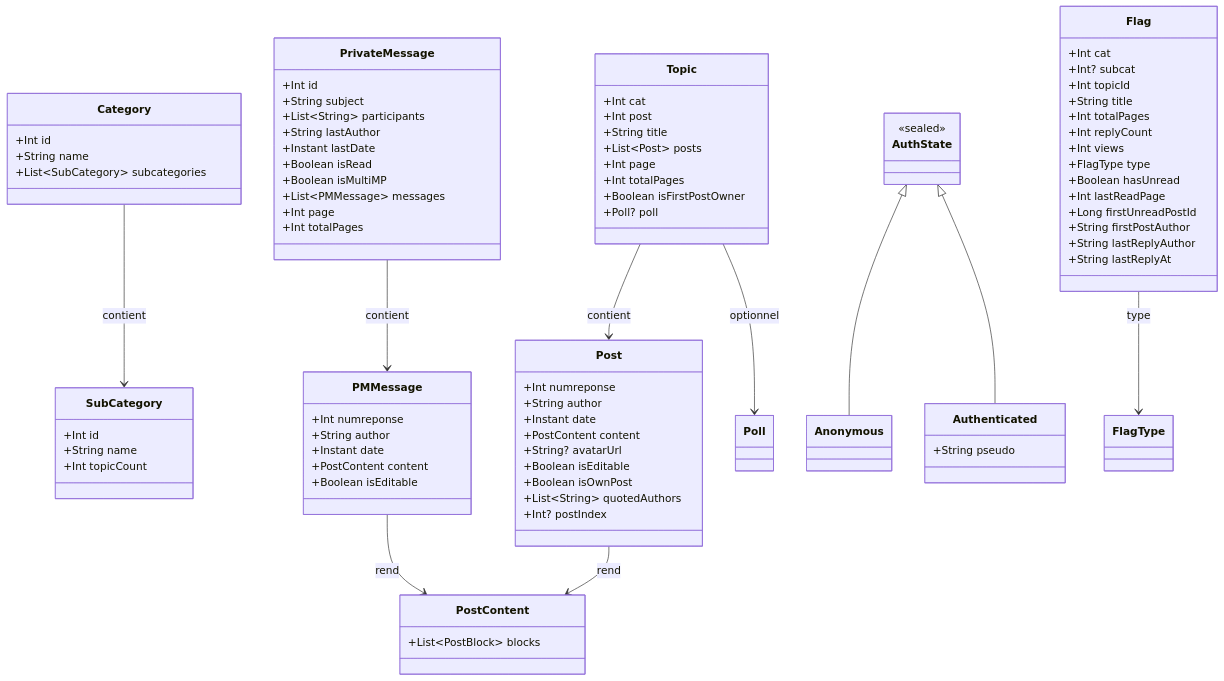
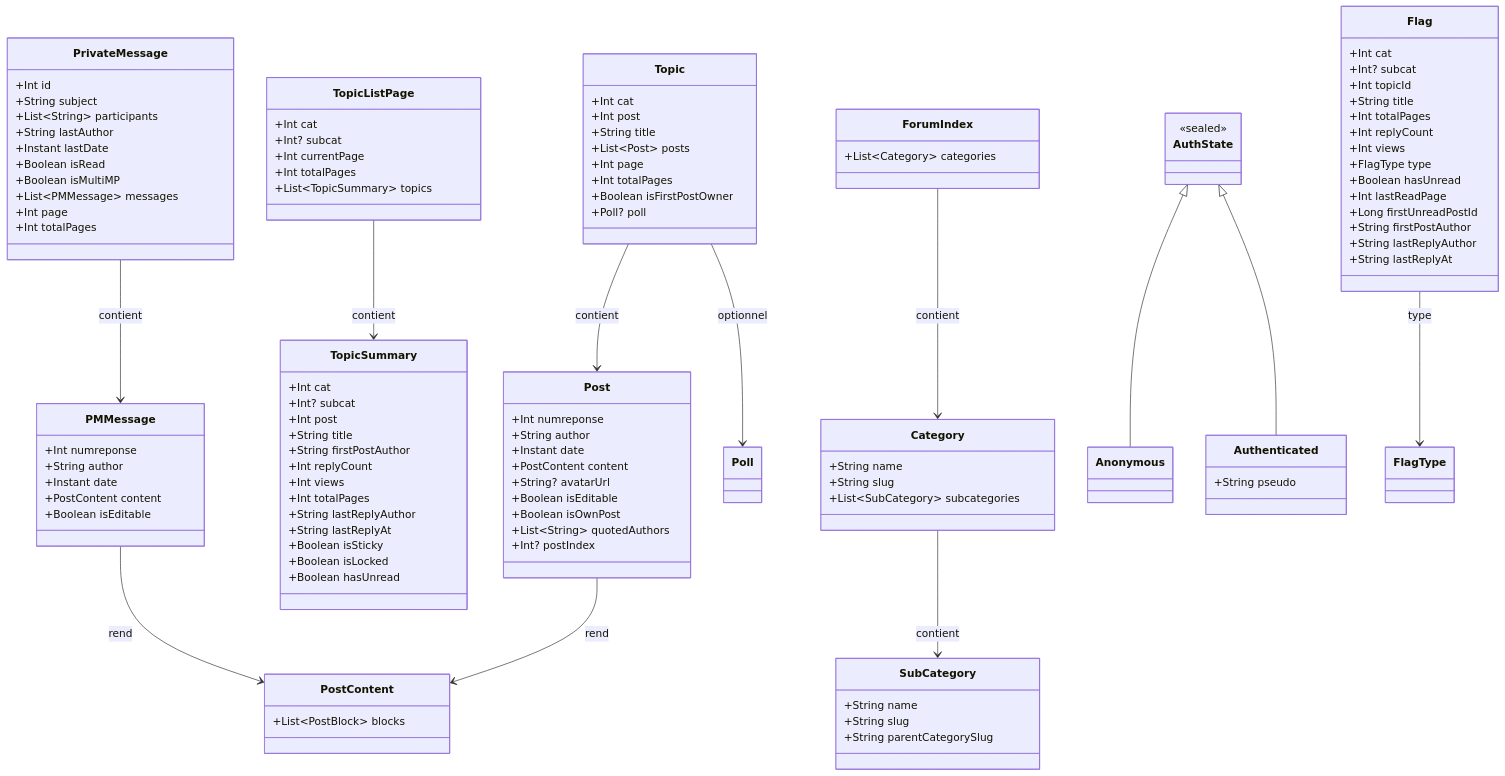
The diagram in docs/specs/models.md (ForumHFR/redface2), drawn with Mermaid before and after one commit. The commit also changed other lines of this file and 23 other files, not shown here.

First line of the commit message:
feat(forum): Phase 1C-A — forum index + topic-list parser, repo, network

```diff
--- a/docs/specs/models.md
+++ b/docs/specs/models.md
@@ -75,15 +76,43 @@
     }
 
     class Category {
-        +Int id
         +String name
+        +String slug
         +List~SubCategory~ subcategories
     }
 
     class SubCategory {
-        +Int id
         +String name
-        +Int topicCount
+        +String slug
+        +String parentCategorySlug
+    }
+
+    class ForumIndex {
+        +List~Category~ categories
+    }
+
+    class TopicSummary {
+        +Int cat
+        +Int? subcat
+        +Int post
+        +String title
+        +String firstPostAuthor
+        +Int replyCount
+        +Int views
+        +Int totalPages
+        +String lastReplyAuthor
+        +String lastReplyAt
+        +Boolean isSticky
+        +Boolean isLocked
+        +Boolean hasUnread
+    }
+
+    class TopicListPage {
+        +Int cat
+        +Int? subcat
+        +Int currentPage
+        +Int totalPages
+        +List~TopicSummary~ topics
     }
 
     class PrivateMessage {
@@ -123,6 +152,8 @@
     PMMessage --> PostContent : rend
     Topic --> Poll : optionnel
     Category --> SubCategory : contient
+    ForumIndex --> Category : contient
+    TopicListPage --> TopicSummary : contient
     Flag --> FlagType : type
     AuthState <|-- Anonymous
     AuthState <|-- Authenticated
```
